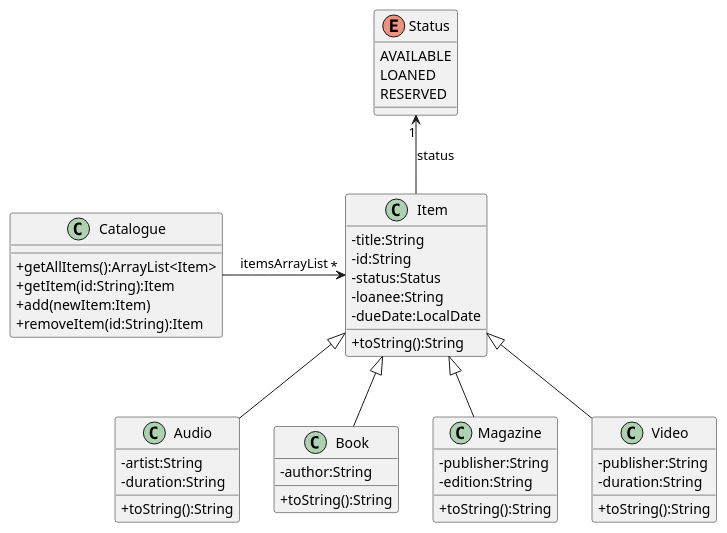
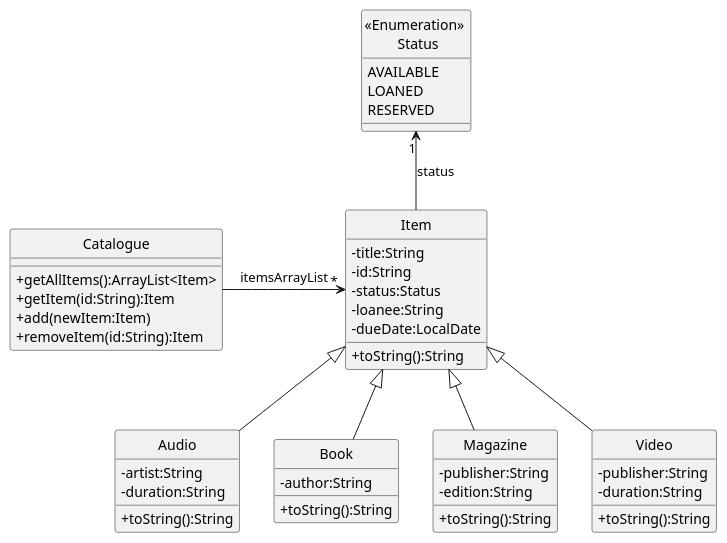
Before and after one commit to nus-cs2113-AY2122S1/tp: the diagram in docs/diagrams/ItemsClassDiagram.puml, drawn with PlantUML. The commit also changed 3 other files, not shown here.

```diff
--- a/docs/diagrams/ItemsClassDiagram.puml
+++ b/docs/diagrams/ItemsClassDiagram.puml
@@ -1,57 +1,58 @@
 @startuml
+hide circle
 skinparam classAttributeIconSize 0
 
 class Catalogue {
     +getAllItems():ArrayList<Item>
     +getItem(id:String):Item
     +add(newItem:Item)
     +removeItem(id:String):Item
 }
 
 class Item {
     -title:String
     -id:String
     -status:Status
     -loanee:String
     -dueDate:LocalDate
     +toString():String
 }
 
 class Audio {
     -artist:String
     -duration:String
     +toString():String
 }
 
 class Book {
     -author:String
     +toString():String
 }
 
 class Magazine {
     -publisher:String
     -edition:String
     +toString():String
 }
 
 class Video {
     -publisher:String
     -duration:String
     +toString():String
 }
 
-enum Status {
+enum "<<Enumeration>> \n Status" {
     AVAILABLE
     LOANED
     RESERVED
 }
 
 
 Audio -up-|> Item
 Book -up-|> Item
 Magazine -up-|> Item
 Video -up-|> Item
 
-Item -u-> "1" Status : status
+Item -u-> "1" "<<Enumeration>> \n Status" : status
 Catalogue -> "*" Item : itemsArrayList
 @enduml
```
